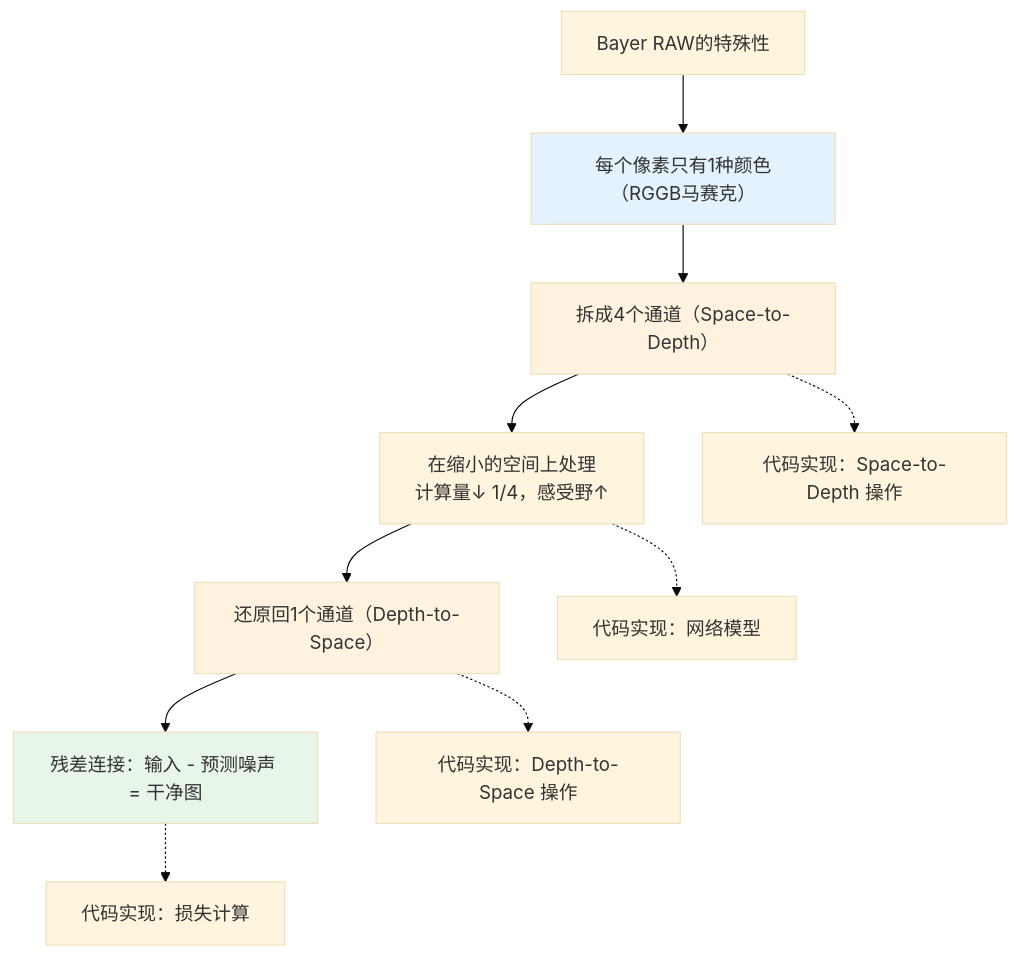
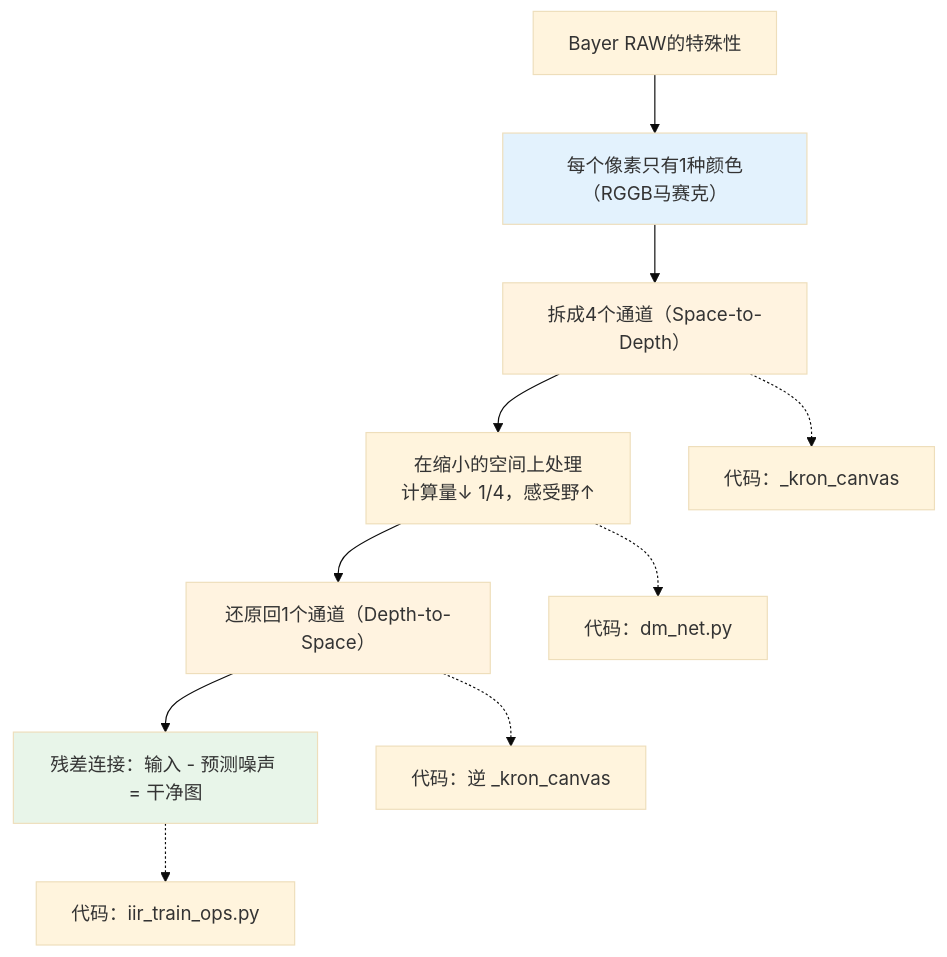
The third of 3 diagrams in content/AI/4 深度学习/2.3 Bayer RAW图像的特殊处理.md (bluhuang/blogs-of-bluhuang), drawn with Mermaid (base theme) before and after one commit. The commit also changed other lines of this file and 58 other files, not shown here.

````diff
--- a/content/AI/4 深度学习/2.3 Bayer RAW图像的特殊处理.md
+++ b/content/AI/4 深度学习/2.3 Bayer RAW图像的特殊处理.md
@@ -251,18 +248,18 @@
 ```mermaid
 flowchart TD
     A["Bayer RAW的特殊性"] --> B["每个像素只有1种颜色（RGGB马赛克）"]
     B --> C["拆成4个通道（Space-to-Depth）"]
     C --> D["在缩小的空间上处理<br/>计算量↓ 1/4，感受野↑"]
     D --> E["还原回1个通道（Depth-to-Space）"]
     E --> F["残差连接：输入 - 预测噪声 = 干净图"]
     
-    C -.-> G["代码实现：Space-to-Depth 操作"]
-    D -.-> H["代码实现：网络模型"]
-    E -.-> I["代码实现：Depth-to-Space 操作"]
-    F -.-> J["代码实现：损失计算"]
+    C -.-> G["代码：_kron_canvas"]
+    D -.-> H["代码：dm_net.py"]
+    E -.-> I["代码：逆 _kron_canvas"]
+    F -.-> J["代码：iir_train_ops.py"]
     
     style B fill:#e3f2fd
     style C fill:#fff3e0
     style E fill:#fff3e0
     style F fill:#e8f5e9
 ```
````
